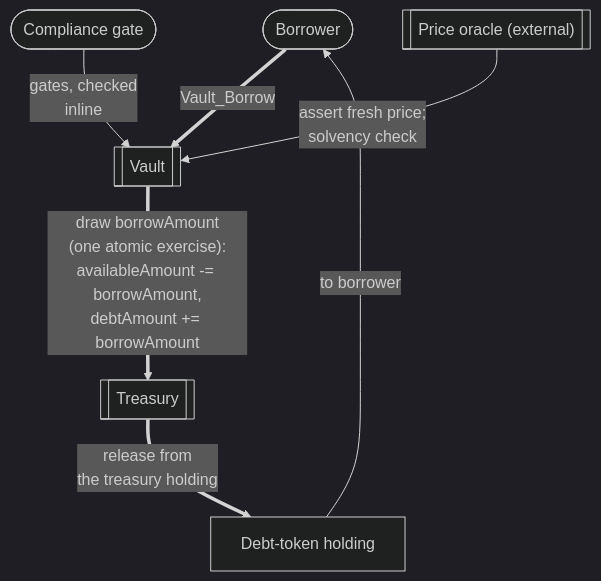
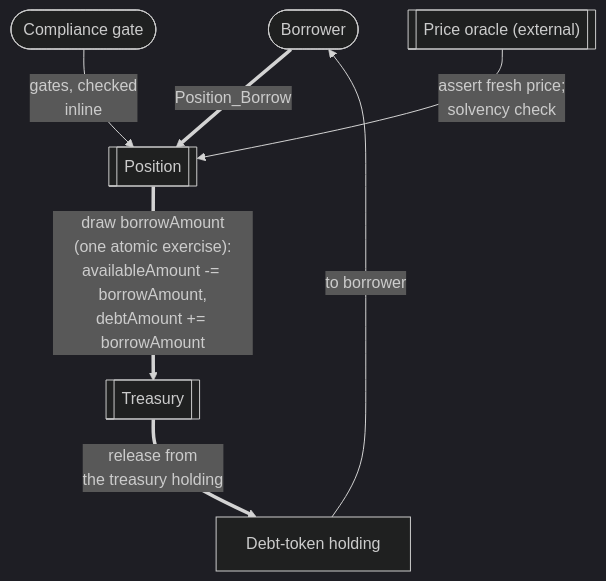
One commit to OpenZeppelin/canton-specs changed the fourth of 8 diagrams in docs/reference-architectures/lending.md. Above: the diagram before and after it, drawn with Mermaid (dark theme). The commit also changed other lines of this file, not shown here.

Commit message:
Change VaultFactory and Vault to PositionFactory and Position.

````diff
--- a/docs/reference-architectures/lending.md
+++ b/docs/reference-architectures/lending.md
@@ -385,16 +380,16 @@
 ```mermaid
 flowchart TD
     Borrower([Borrower])
     Compliance(["Compliance gate"])
     Oracle[["Price oracle (external)"]]
-    Vault[["Vault"]]
+    Position[["Position"]]
     Treasury[["Treasury"]]
     Coin["Debt-token holding"]
 
-    Borrower ==>|"Vault_Borrow"| Vault
-    Compliance -->|"gates, checked<br/>inline"| Vault
-    Oracle -->|"assert fresh price;<br/>solvency check"| Vault
-    Vault ==>|"draw borrowAmount<br/>(one atomic exercise):<br/>availableAmount -= borrowAmount,<br/>debtAmount += borrowAmount"| Treasury
+    Borrower ==>|"Position_Borrow"| Position
+    Compliance -->|"gates, checked<br/>inline"| Position
+    Oracle -->|"assert fresh price;<br/>solvency check"| Position
+    Position ==>|"draw borrowAmount<br/>(one atomic exercise):<br/>availableAmount -= borrowAmount,<br/>debtAmount += borrowAmount"| Treasury
     Treasury ==>|"release from<br/>the treasury holding"| Coin
     Coin -->|"to borrower"| Borrower
 ```
````
